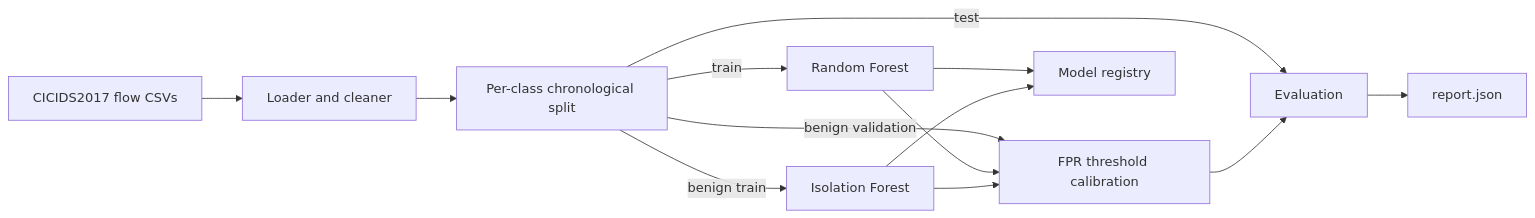
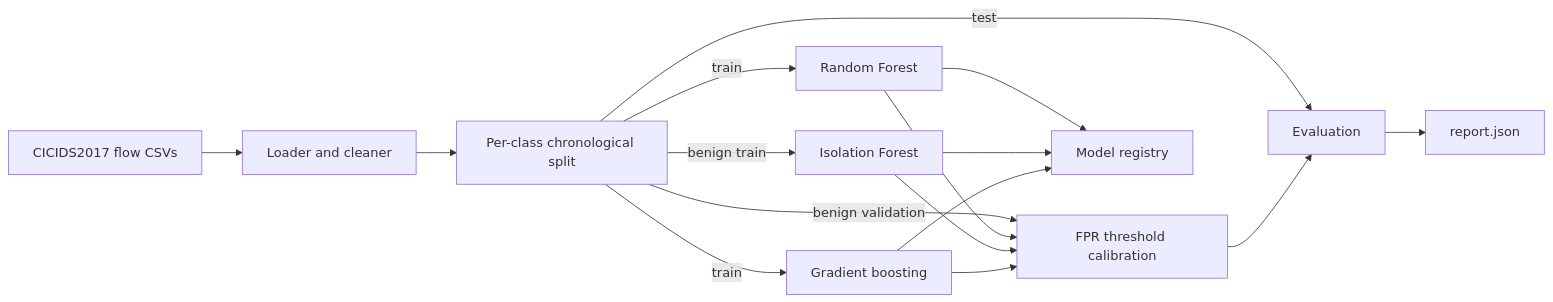
One commit to TurlaFSB/AI-IDS changed the diagram in README.md. Above: the diagram before and after it, drawn with Mermaid. The commit also changed other lines of this file and 16 other files, not shown here.

First line of the commit message:
feat: add gradient-boosting detector and reproducibility metadata

````diff
--- a/README.md
+++ b/README.md
@@ -60,15 +60,18 @@
 ```mermaid
 flowchart LR
     A[CICIDS2017 flow CSVs] --> B[Loader and cleaner]
     B --> C[Per-class chronological split]
     C -->|train| D[Random Forest]
     C -->|benign train| E[Isolation Forest]
+    C -->|train| J[Gradient boosting]
     C -->|benign validation| F[FPR threshold calibration]
     D --> F
     E --> F
+    J --> F
     C -->|test| G[Evaluation]
     F --> G
     D --> H[Model registry]
     E --> H
+    J --> H
     G --> I[report.json]
 ```
````
